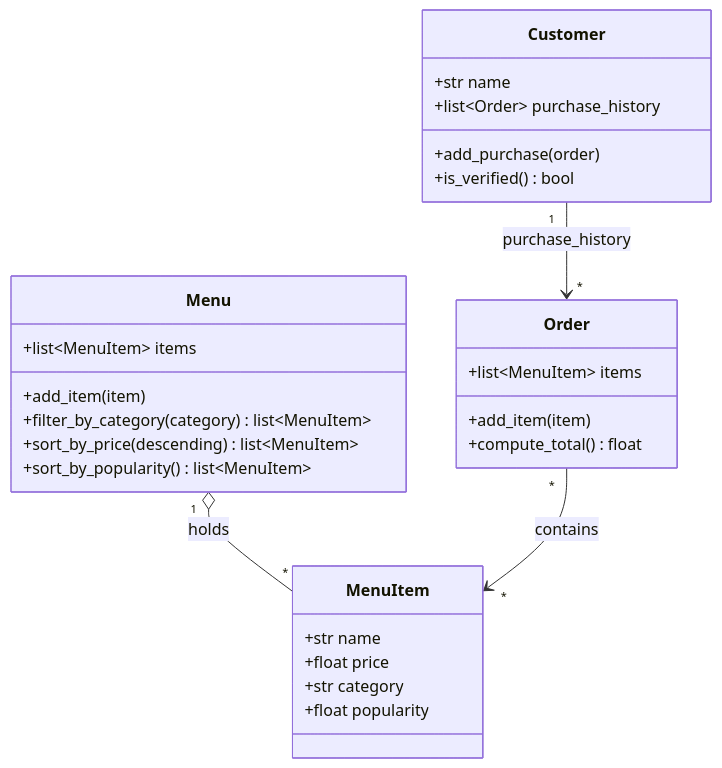
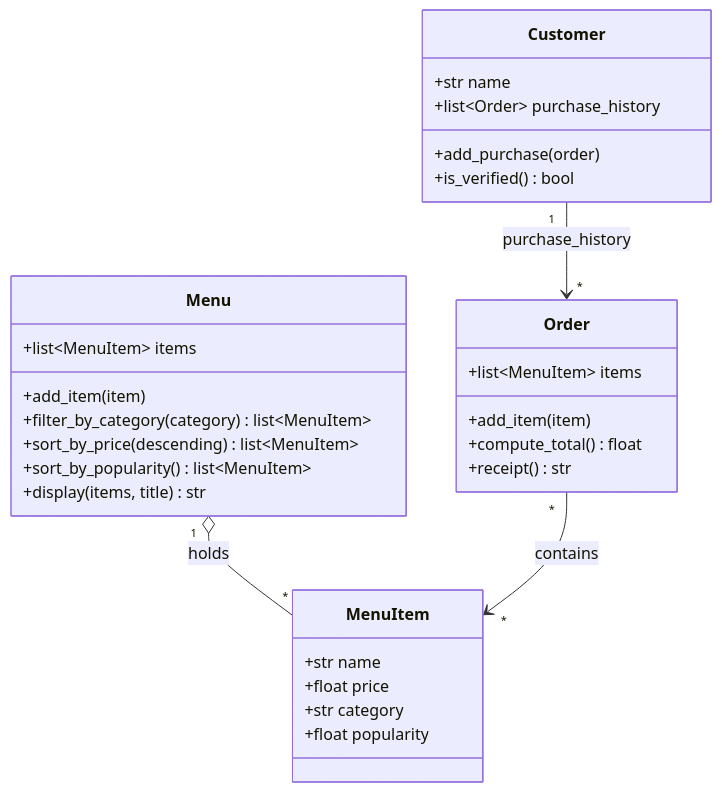
Before and after one commit to light4646/ai110-module2tinker-bytebites: the diagram in bytebites_design.md, drawn with Mermaid. The commit also changed other lines of this file and 3 other files, not shown here.

````diff
--- a/bytebites_design.md
+++ b/bytebites_design.md
@@ -6,31 +6,33 @@
 ```mermaid
 classDiagram
     class Customer {
         +str name
         +list~Order~ purchase_history
         +add_purchase(order)
         +is_verified() bool
     }
     class MenuItem {
         +str name
         +float price
         +str category
         +float popularity
     }
     class Menu {
         +list~MenuItem~ items
         +add_item(item)
         +filter_by_category(category) list~MenuItem~
         +sort_by_price(descending) list~MenuItem~
         +sort_by_popularity() list~MenuItem~
+        +display(items, title) str
     }
     class Order {
         +list~MenuItem~ items
         +add_item(item)
         +compute_total() float
+        +receipt() str
     }
 
     Menu "1" o-- "*" MenuItem : holds
     Order "*" --> "*" MenuItem : contains
     Customer "1" --> "*" Order : purchase_history
 ```
````
